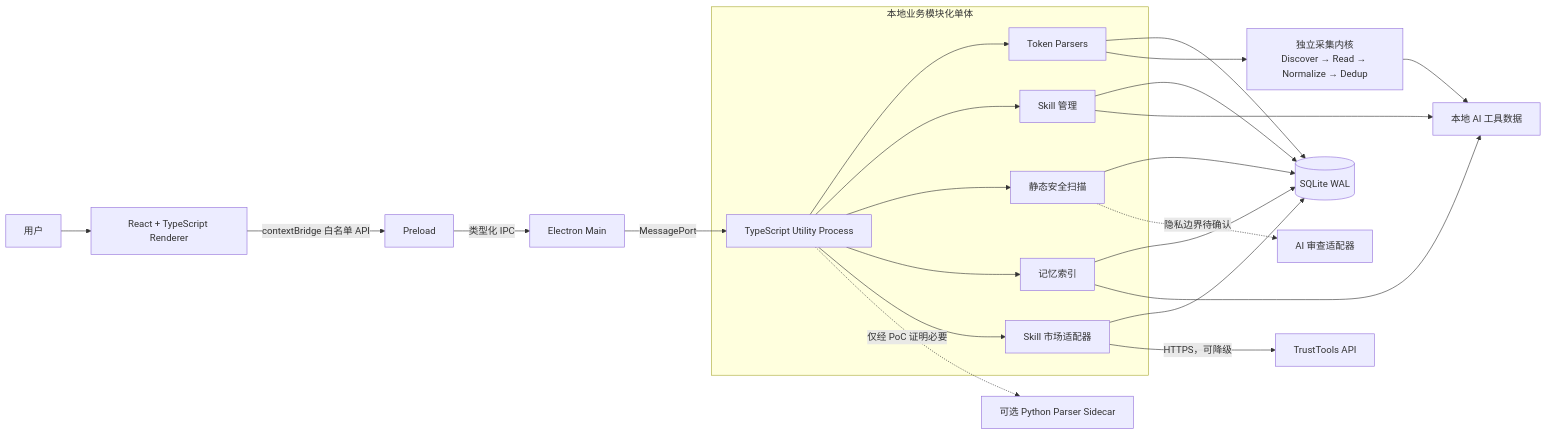
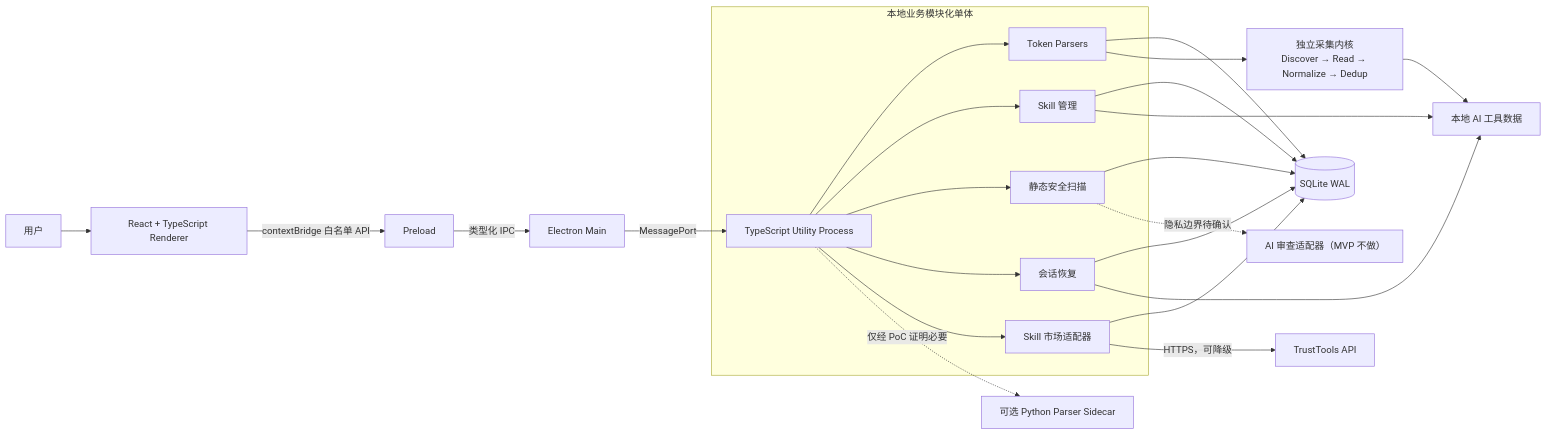
Before and after one commit to estelwalks/aitracker: the diagram in docs/V3.0_TrustTools/示意图/TrustTools-V3.0-架构决策记录.md, drawn with Mermaid. The commit also changed other lines of this file and 8 other files, not shown here.

````diff
--- a/docs/V3.0_TrustTools/示意图/TrustTools-V3.0-架构决策记录.md
+++ b/docs/V3.0_TrustTools/示意图/TrustTools-V3.0-架构决策记录.md
@@ -513,29 +514,29 @@
 ```mermaid
 flowchart LR
     U["用户"] --> R["React + TypeScript Renderer"]
     R -->|"contextBridge 白名单 API"| P["Preload"]
     P -->|"类型化 IPC"| M["Electron Main"]
     M -->|"MessagePort"| W["TypeScript Utility Process"]
 
     subgraph CORE["本地业务模块化单体"]
         W --> T["Token Parsers"]
         W --> S["Skill 管理"]
         W --> SEC["静态安全扫描"]
-        W --> MEM["记忆索引"]
+        W --> SESSION["会话恢复"]
         W --> MARKET["Skill 市场适配器"]
     end
 
     T --> DB[("SQLite WAL")]
     S --> DB
     SEC --> DB
-    MEM --> DB
+    SESSION --> DB
     MARKET --> DB
 
     T --> PIPE["独立采集内核<br/>Discover → Read → Normalize → Dedup"]
     PIPE --> FS["本地 AI 工具数据"]
     S --> FS
-    MEM --> FS
+    SESSION --> FS
     MARKET -->|"HTTPS，可降级"| WEB["TrustTools API"]
-    SEC -.->|"隐私边界待确认"| AI["AI 审查适配器"]
+    SEC -.->|"隐私边界待确认"| AI["AI 审查适配器（MVP 不做）"]
     W -.->|"仅经 PoC 证明必要"| PY["可选 Python Parser Sidecar"]
 ```
````
